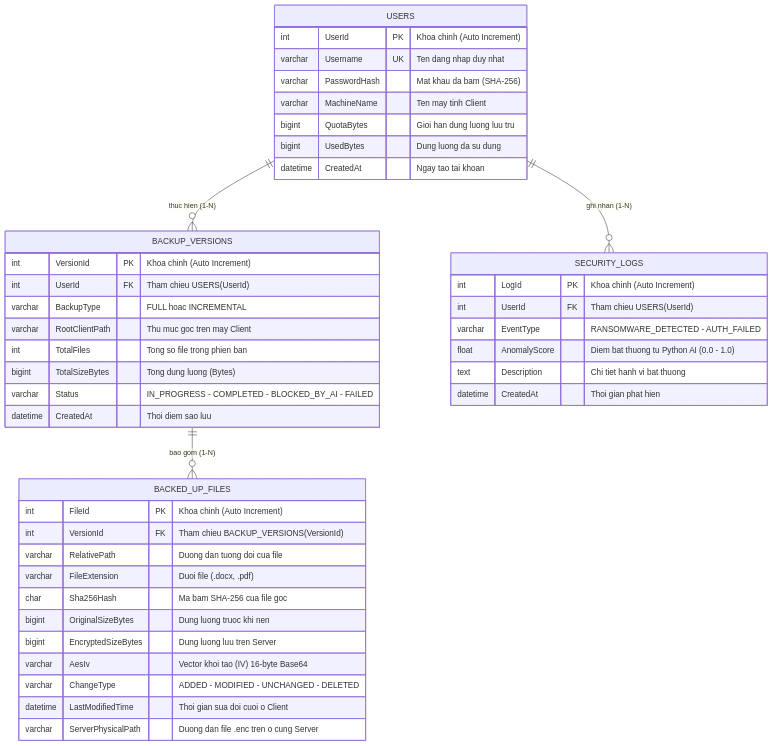
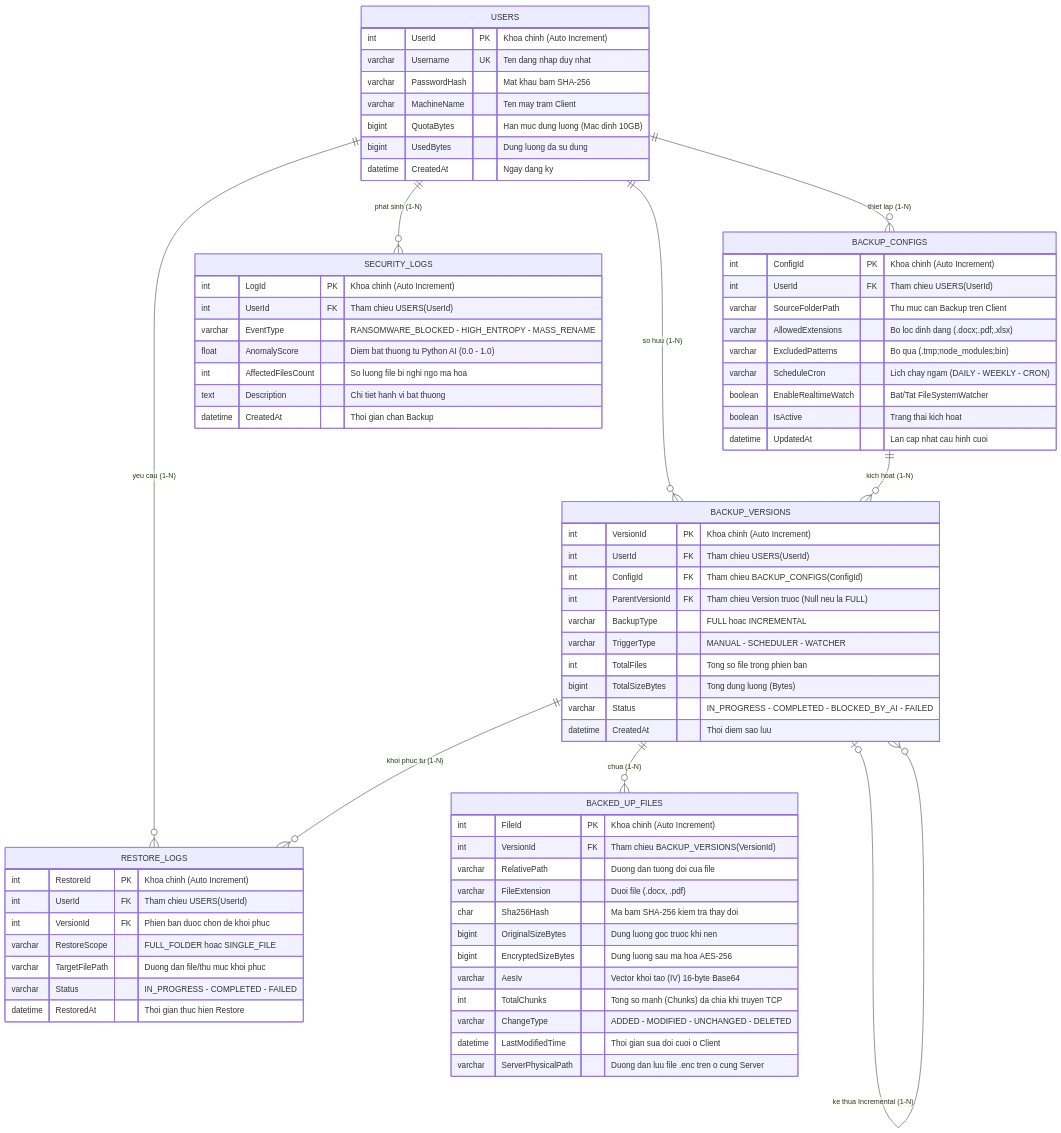
The diagram in docs/Database_ERD.md (phuphung206/Secure-Data-Backup-System), drawn with Mermaid before and after one commit.

````diff
--- a/docs/Database_ERD.md
+++ b/docs/Database_ERD.md
@@ -3,50 +3,82 @@
 ```mermaid
 erDiagram
-    USERS ||--o{ BACKUP_VERSIONS : "thuc hien (1-N)"
-    USERS ||--o{ SECURITY_LOGS : "ghi nhan (1-N)"
-    BACKUP_VERSIONS ||--o{ BACKED_UP_FILES : "bao gom (1-N)"
+    USERS ||--o{ BACKUP_CONFIGS : "thiet lap (1-N)"
+    USERS ||--o{ BACKUP_VERSIONS : "so huu (1-N)"
+    USERS ||--o{ RESTORE_LOGS : "yeu cau (1-N)"
+    USERS ||--o{ SECURITY_LOGS : "phat sinh (1-N)"
+
+    BACKUP_CONFIGS ||--o{ BACKUP_VERSIONS : "kich hoat (1-N)"
+    BACKUP_VERSIONS |o--o{ BACKUP_VERSIONS : "ke thua Incremental (1-N)"
+    BACKUP_VERSIONS ||--o{ BACKED_UP_FILES : "chua (1-N)"
+    BACKUP_VERSIONS ||--o{ RESTORE_LOGS : "khoi phuc tu (1-N)"
 
     USERS {
         int UserId PK "Khoa chinh (Auto Increment)"
         varchar Username UK "Ten dang nhap duy nhat"
-        varchar PasswordHash "Mat khau da bam (SHA-256)"
-        varchar MachineName "Ten may tinh Client"
-        bigint QuotaBytes "Gioi han dung luong luu tru"
+        varchar PasswordHash "Mat khau bam SHA-256"
+        varchar MachineName "Ten may tram Client"
+        bigint QuotaBytes "Han muc dung luong (Mac dinh 10GB)"
         bigint UsedBytes "Dung luong da su dung"
-        datetime CreatedAt "Ngay tao tai khoan"
+        datetime CreatedAt "Ngay dang ky"
+    }
+
+    BACKUP_CONFIGS {
+        int ConfigId PK "Khoa chinh (Auto Increment)"
+        int UserId FK "Tham chieu USERS(UserId)"
+        varchar SourceFolderPath "Thu muc can Backup tren Client"
+        varchar AllowedExtensions "Bo loc dinh dang (.docx;.pdf;.xlsx)"
+        varchar ExcludedPatterns "Bo qua (.tmp;node_modules;bin)"
+        varchar ScheduleCron "Lich chay ngam (DAILY - WEEKLY - CRON)"
+        boolean EnableRealtimeWatch "Bat/Tat FileSystemWatcher"
+        boolean IsActive "Trang thai kich hoat"
+        datetime UpdatedAt "Lan cap nhat cau hinh cuoi"
     }
 
     BACKUP_VERSIONS {
         int VersionId PK "Khoa chinh (Auto Increment)"
         int UserId FK "Tham chieu USERS(UserId)"
+        int ConfigId FK "Tham chieu BACKUP_CONFIGS(ConfigId)"
+        int ParentVersionId FK "Tham chieu Version truoc (Null neu la FULL)"
         varchar BackupType "FULL hoac INCREMENTAL"
-        varchar RootClientPath "Thu muc goc tren may Client"
+        varchar TriggerType "MANUAL - SCHEDULER - WATCHER"
         int TotalFiles "Tong so file trong phien ban"
         bigint TotalSizeBytes "Tong dung luong (Bytes)"
         varchar Status "IN_PROGRESS - COMPLETED - BLOCKED_BY_AI - FAILED"
         datetime CreatedAt "Thoi diem sao luu"
     }
 
     BACKED_UP_FILES {
         int FileId PK "Khoa chinh (Auto Increment)"
         int VersionId FK "Tham chieu BACKUP_VERSIONS(VersionId)"
         varchar RelativePath "Duong dan tuong doi cua file"
         varchar FileExtension "Duoi file (.docx, .pdf)"
-        char Sha256Hash "Ma bam SHA-256 cua file goc"
-        bigint OriginalSizeBytes "Dung luong truoc khi nen"
-        bigint EncryptedSizeBytes "Dung luong luu tren Server"
+        char Sha256Hash "Ma bam SHA-256 kiem tra thay doi"
+        bigint OriginalSizeBytes "Dung luong goc truoc khi nen"
+        bigint EncryptedSizeBytes "Dung luong sau ma hoa AES-256"
         varchar AesIv "Vector khoi tao (IV) 16-byte Base64"
+        int TotalChunks "Tong so manh (Chunks) da chia khi truyen TCP"
         varchar ChangeType "ADDED - MODIFIED - UNCHANGED - DELETED"
         datetime LastModifiedTime "Thoi gian sua doi cuoi o Client"
-        varchar ServerPhysicalPath "Duong dan file .enc tren o cung Server"
+        varchar ServerPhysicalPath "Duong dan luu file .enc tren o cung Server"
+    }
+
+    RESTORE_LOGS {
+        int RestoreId PK "Khoa chinh (Auto Increment)"
+        int UserId FK "Tham chieu USERS(UserId)"
+        int VersionId FK "Phien ban duoc chon de khoi phuc"
+        varchar RestoreScope "FULL_FOLDER hoac SINGLE_FILE"
+        varchar TargetFilePath "Duong dan file/thu muc khoi phuc"
+        varchar Status "IN_PROGRESS - COMPLETED - FAILED"
+        datetime RestoredAt "Thoi gian thuc hien Restore"
     }
 
     SECURITY_LOGS {
         int LogId PK "Khoa chinh (Auto Increment)"
         int UserId FK "Tham chieu USERS(UserId)"
-        varchar EventType "RANSOMWARE_DETECTED - AUTH_FAILED"
+        varchar EventType "RANSOMWARE_BLOCKED - HIGH_ENTROPY - MASS_RENAME"
         float AnomalyScore "Diem bat thuong tu Python AI (0.0 - 1.0)"
+        int AffectedFilesCount "So luong file bi nghi ngo ma hoa"
         text Description "Chi tiet hanh vi bat thuong"
-        datetime CreatedAt "Thoi gian phat hien"
+        datetime CreatedAt "Thoi gian chan Backup"
     }
 ```
````
